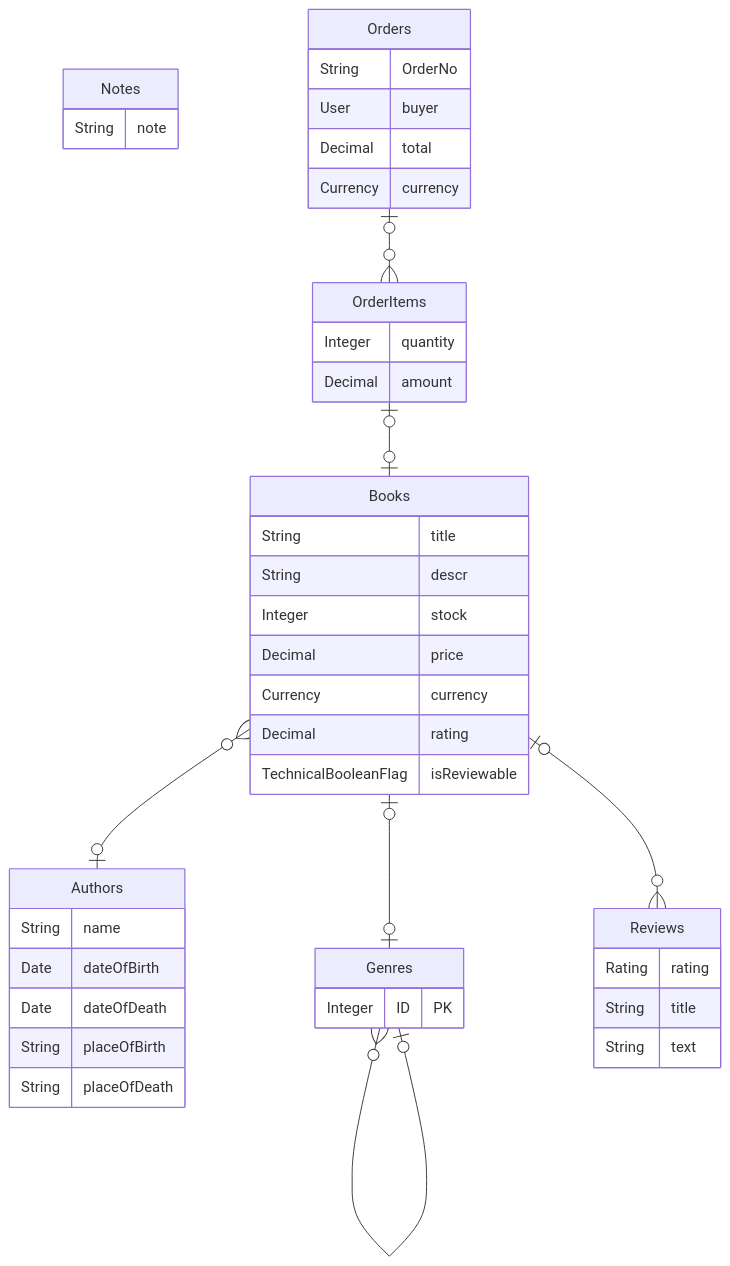
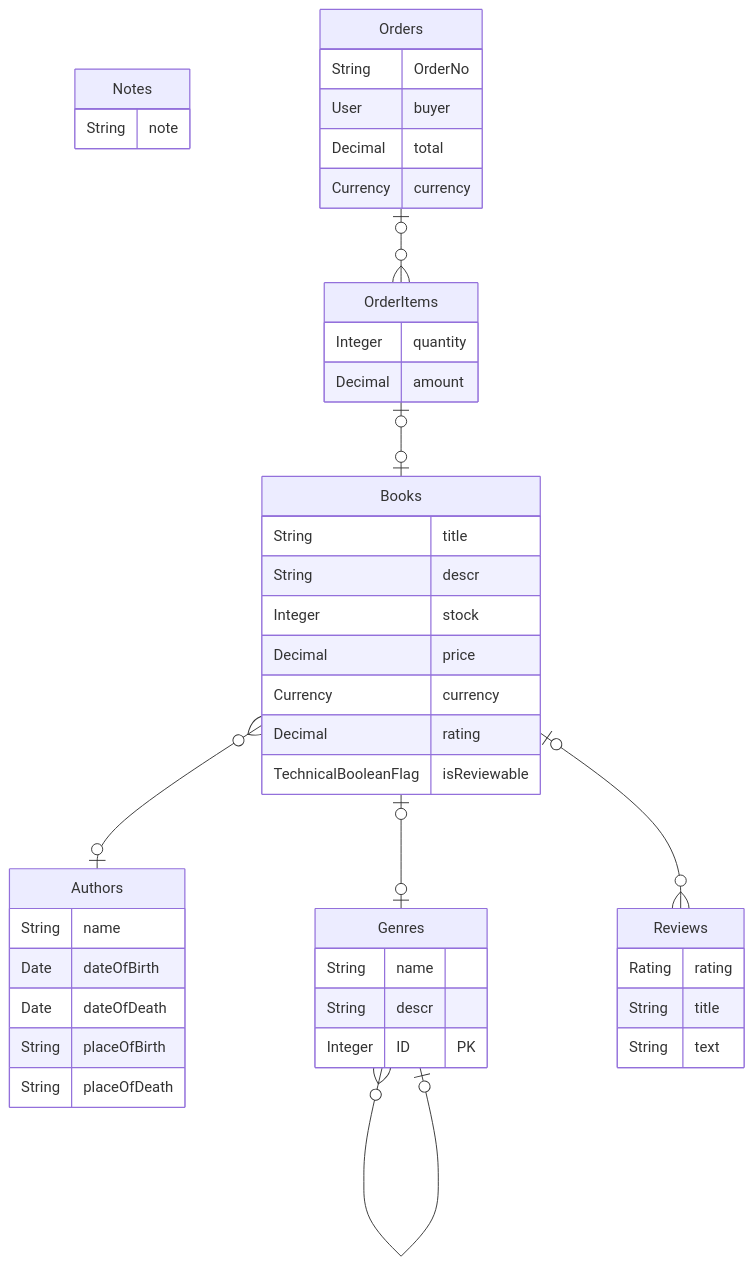
Before and after one commit to rabestro/sap-cds-erd: the diagram in bookstore.mermaid, drawn with Mermaid. The commit also changed 2 other files, not shown here.

```diff
--- a/bookstore.mermaid
+++ b/bookstore.mermaid
@@ -1,51 +1,53 @@
 erDiagram
     Books {
         String title 
         String descr 
         Integer stock 
         Decimal price 
         Currency currency 
         Decimal rating 
         TechnicalBooleanFlag isReviewable 
     }
 
     Authors {
         String name 
         Date dateOfBirth 
         Date dateOfDeath 
         String placeOfBirth 
         String placeOfDeath 
     }
 
     Genres {
+        String name 
+        String descr 
         Integer ID PK
     }
 
     Notes {
         String note 
     }
 
     Orders {
         String OrderNo 
         User buyer 
         Decimal total 
         Currency currency 
     }
 
     OrderItems {
         Integer quantity 
         Decimal amount 
     }
 
     Reviews {
         Rating rating 
         String title 
         String text 
     }
 
     Orders |o--o{ OrderItems :""
     OrderItems |o--o| Books :""
     Genres }o--o| Genres :""
     Books |o--o{ Reviews :""
     Books |o--o| Genres :""
     Books }o--o| Authors :""
```
